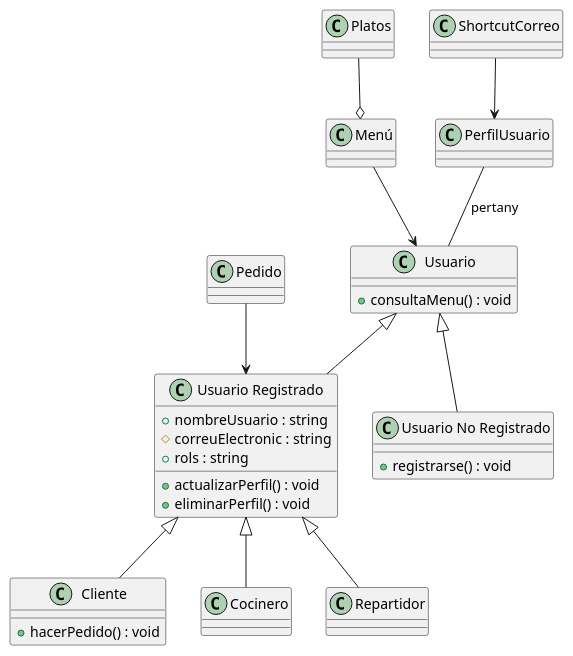
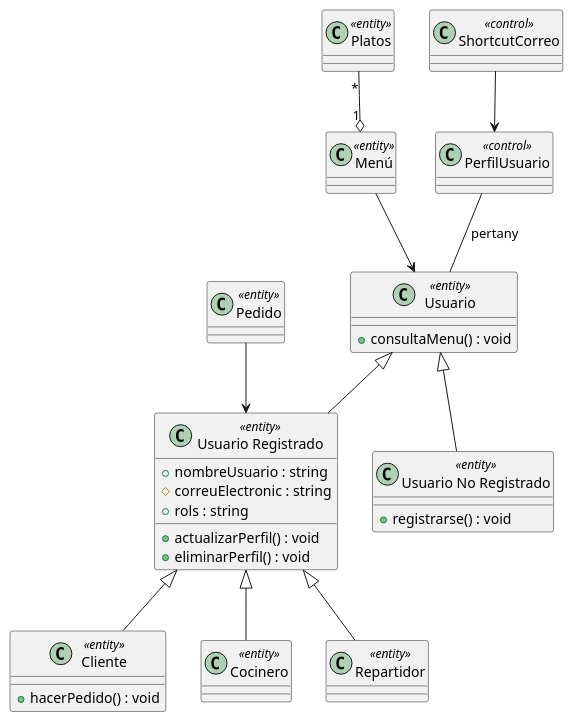
The diagram in documents/Diagrama Clases/CodeUML/bloq1.pUML (dabien3/ES25UAB-511-05), drawn with PlantUML before and after one commit. The commit also changed 10 other files, not shown here.

Commit message:
updated bloq1,bloq2 diagrama classe

```diff
--- a/documents/Diagrama Clases/CodeUML/bloq1.pUML
+++ b/documents/Diagrama Clases/CodeUML/bloq1.pUML
@@ -1,43 +1,43 @@
 @startuml
-class Usuario 
+class Usuario <<entity>>
 {
    +consultaMenu() : void
 }
-class "Usuario Registrado" as UsuarioRegistrado
+class "Usuario Registrado" as UsuarioRegistrado <<entity>>
 {
    +nombreUsuario : string
    #correuElectronic : string
    +rols : string
    +actualizarPerfil() : void
    +eliminarPerfil() : void
    
 }
-class "Usuario No Registrado" as UsuarioNoRegistrado
+class "Usuario No Registrado" as UsuarioNoRegistrado <<entity>>
 {
    +registrarse() : void
 }
-class Cliente
+class Cliente <<entity>>
 {
    +hacerPedido() : void
 }
-class Cocinero
-class Repartidor
-class Pedido
-class Menú
-class ShortcutCorreo
-class PerfilUsuario
-class Platos
+class Cocinero <<entity>>
+class Repartidor <<entity>>
+class Pedido <<entity>>
+class Menú <<entity>>
+class ShortcutCorreo <<control>>
+class PerfilUsuario <<control>>
+class Platos <<entity>>
 
 Usuario <|-- UsuarioRegistrado
 Usuario <|-- UsuarioNoRegistrado
 UsuarioRegistrado <|-- Cliente
 UsuarioRegistrado <|-- Cocinero
 UsuarioRegistrado <|-- Repartidor
 Pedido --> UsuarioRegistrado
 Menú --> Usuario
 PerfilUsuario -- Usuario : pertany
-Platos --o Menú
+Platos "*" --o "1" Menú
 ShortcutCorreo --> PerfilUsuario
 
 
 @enduml
```
